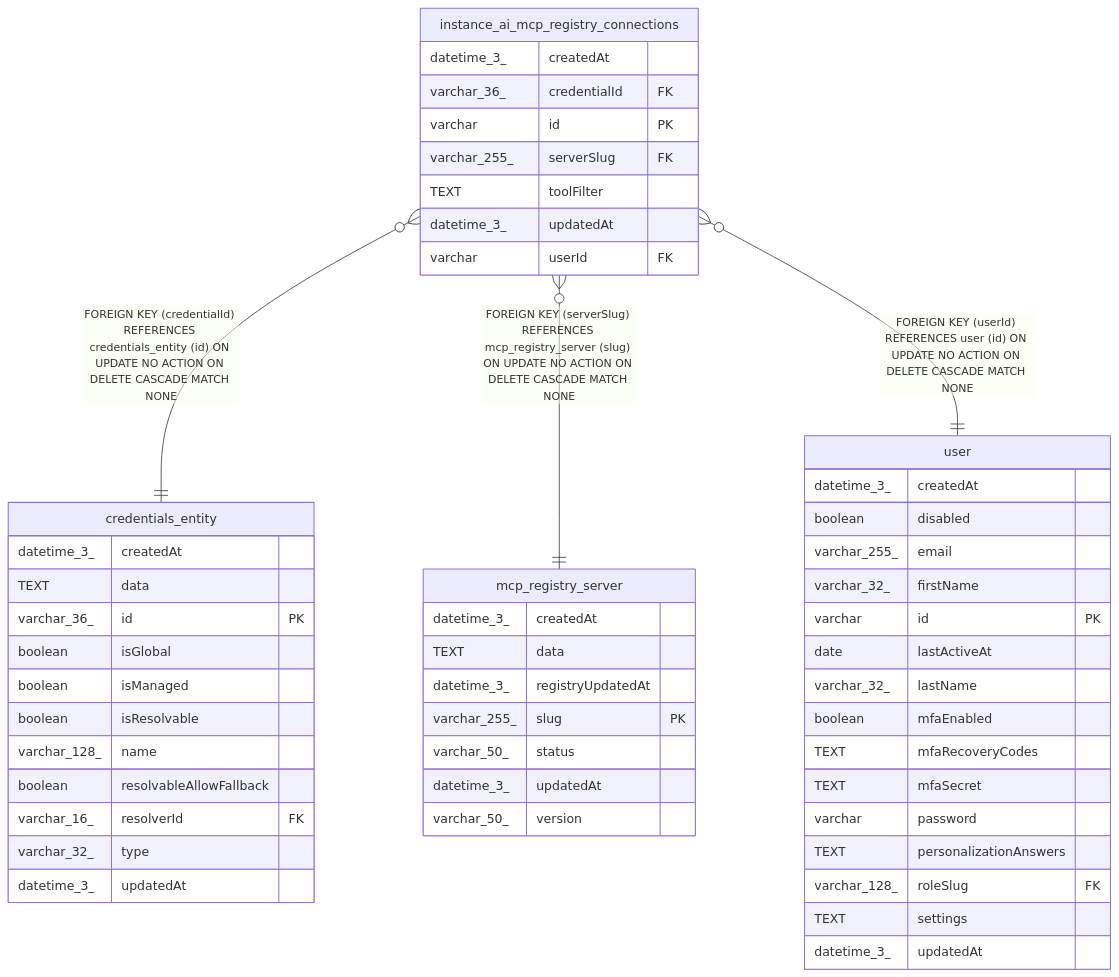
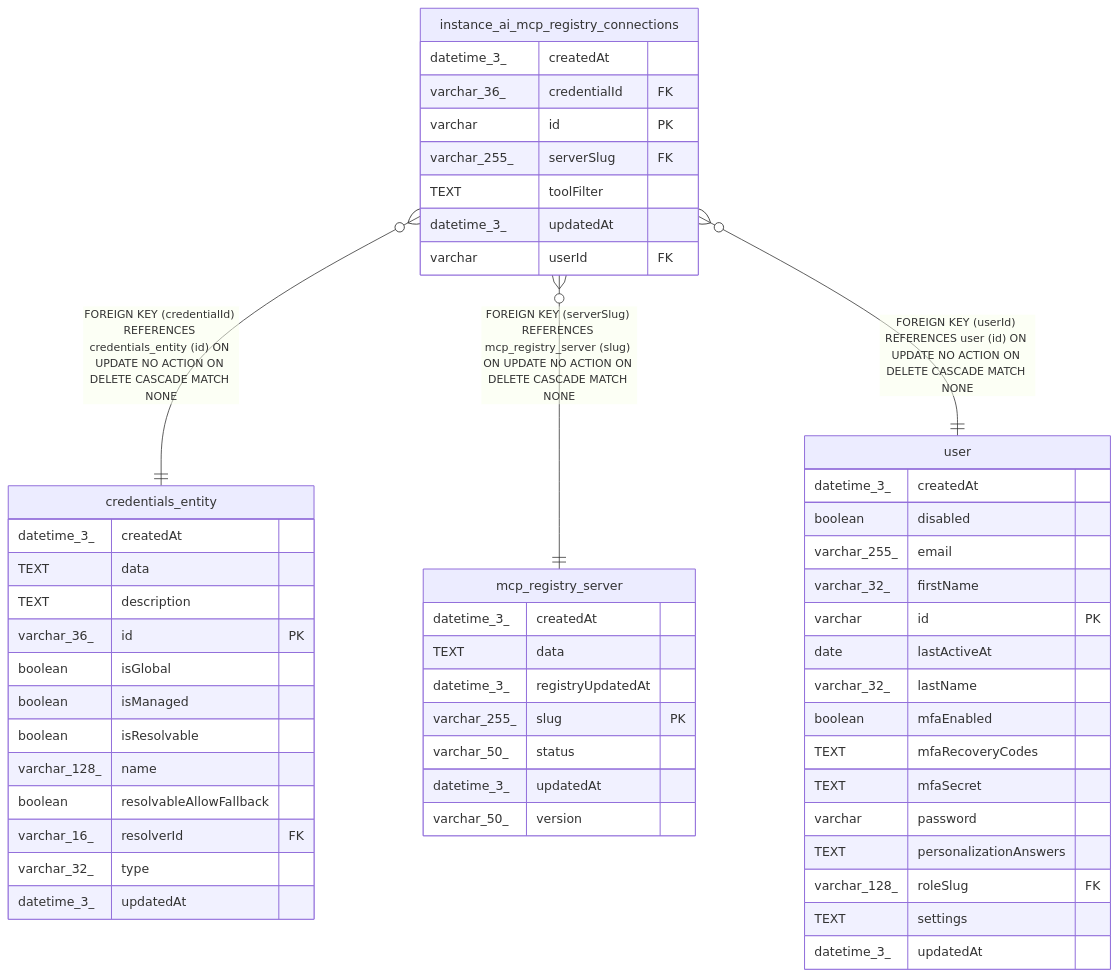
Before and after one commit to mayankjain1815-commits/n8n: the diagram in docs/generated/sqlite-schema/instance_ai_mcp_registry_connections.md, drawn with Mermaid. The commit also changed 41 other files, not shown here.

````diff
--- a/docs/generated/sqlite-schema/instance_ai_mcp_registry_connections.md
+++ b/docs/generated/sqlite-schema/instance_ai_mcp_registry_connections.md
@@ -45,56 +45,57 @@
 ```mermaid
 erDiagram
 
 "instance_ai_mcp_registry_connections" }o--|| "credentials_entity" : "FOREIGN KEY (credentialId) REFERENCES credentials_entity (id) ON UPDATE NO ACTION ON DELETE CASCADE MATCH NONE"
 "instance_ai_mcp_registry_connections" }o--|| "mcp_registry_server" : "FOREIGN KEY (serverSlug) REFERENCES mcp_registry_server (slug) ON UPDATE NO ACTION ON DELETE CASCADE MATCH NONE"
 "instance_ai_mcp_registry_connections" }o--|| "user" : "FOREIGN KEY (userId) REFERENCES user (id) ON UPDATE NO ACTION ON DELETE CASCADE MATCH NONE"
 
 "instance_ai_mcp_registry_connections" {
   datetime_3_ createdAt
   varchar_36_ credentialId FK
   varchar id PK
   varchar_255_ serverSlug FK
   TEXT toolFilter
   datetime_3_ updatedAt
   varchar userId FK
 }
 "credentials_entity" {
   datetime_3_ createdAt
   TEXT data
+  TEXT description
   varchar_36_ id PK
   boolean isGlobal
   boolean isManaged
   boolean isResolvable
   varchar_128_ name
   boolean resolvableAllowFallback
   varchar_16_ resolverId FK
   varchar_32_ type
   datetime_3_ updatedAt
 }
 "mcp_registry_server" {
   datetime_3_ createdAt
   TEXT data
   datetime_3_ registryUpdatedAt
   varchar_255_ slug PK
   varchar_50_ status
   datetime_3_ updatedAt
   varchar_50_ version
 }
 "user" {
   datetime_3_ createdAt
   boolean disabled
   varchar_255_ email
   varchar_32_ firstName
   varchar id PK
   date lastActiveAt
   varchar_32_ lastName
   boolean mfaEnabled
   TEXT mfaRecoveryCodes
   TEXT mfaSecret
   varchar password
   TEXT personalizationAnswers
   varchar_128_ roleSlug FK
   TEXT settings
   datetime_3_ updatedAt
 }
 ```
````
